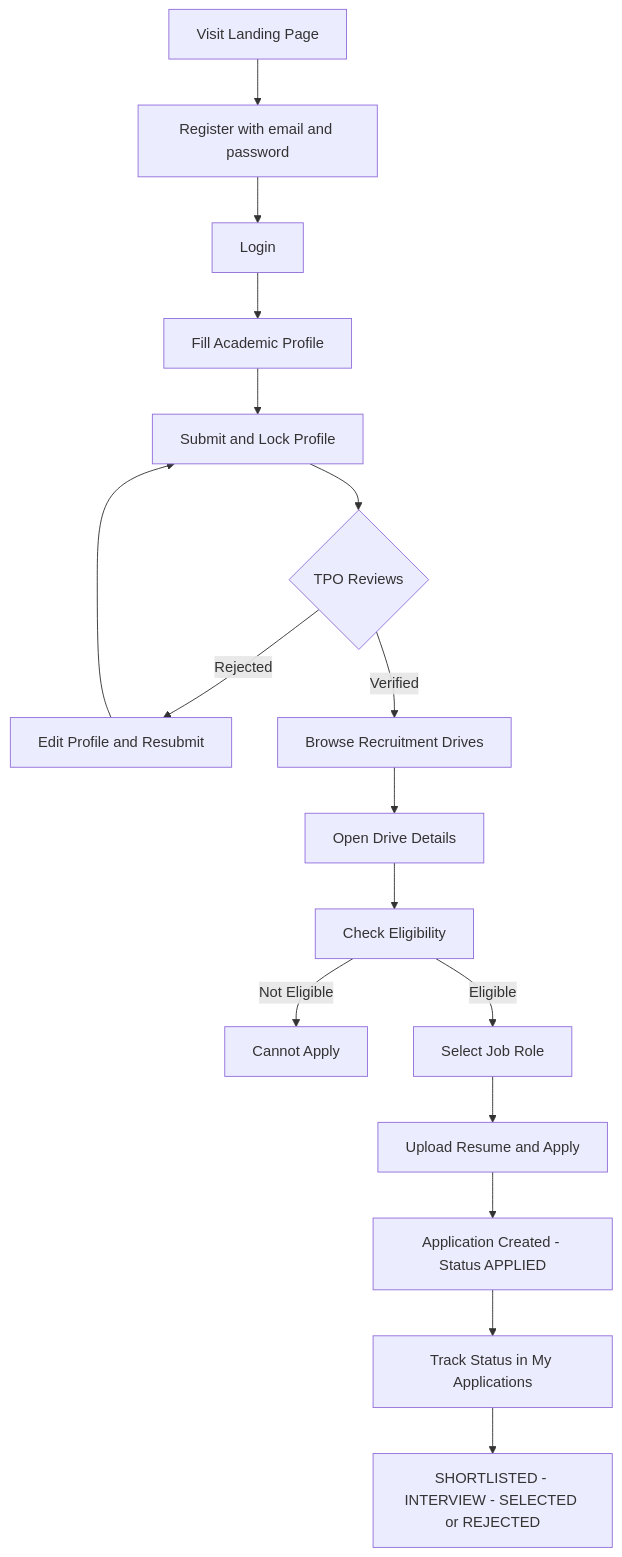
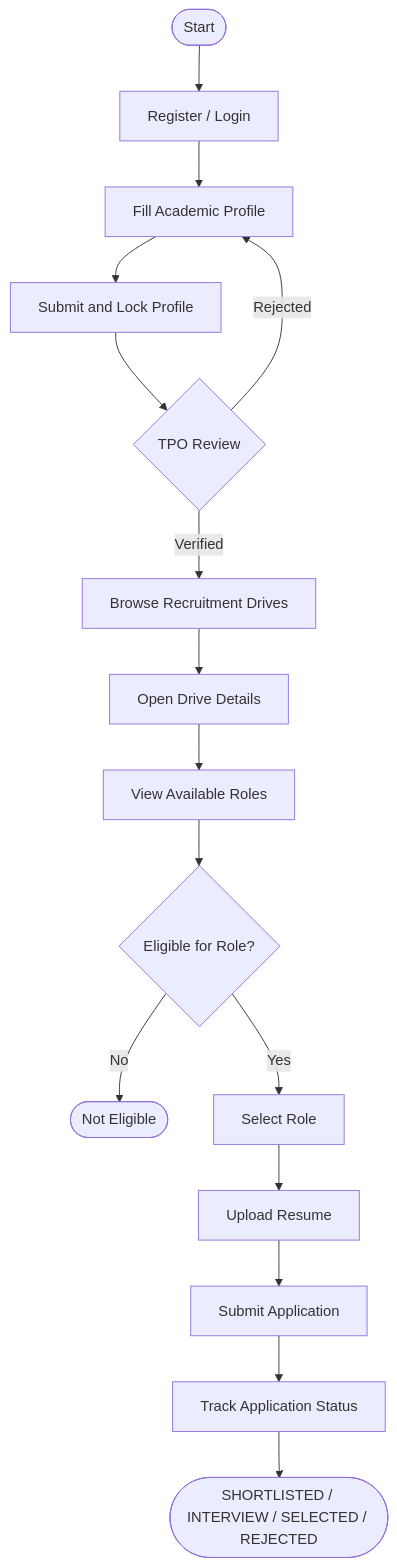
The fourth of 11 diagrams in README.md (paldhaduk7-png/Mini-Placement-Portal), drawn with Mermaid before and after one commit. The commit also changed other lines of this file, not shown here.

Commit message:
docs: Improve README diagrams and workflow explanations

````diff
--- a/README.md
+++ b/README.md
@@ -431,19 +443,18 @@
 ```mermaid
 flowchart TD
-    A[Visit Landing Page] --> B[Register with email and password]
-    B --> C[Login]
-    C --> D[Fill Academic Profile]
-    D --> E[Submit and Lock Profile]
-    E --> F{TPO Reviews}
-    F -- Rejected --> G[Edit Profile and Resubmit]
-    G --> E
-    F -- Verified --> H[Browse Recruitment Drives]
-    H --> I[Open Drive Details]
-    I --> J[Check Eligibility]
-    J -- Not Eligible --> K[Cannot Apply]
-    J -- Eligible --> L[Select Job Role]
-    L --> M[Upload Resume and Apply]
-    M --> N[Application Created - Status APPLIED]
-    N --> O[Track Status in My Applications]
-    O --> P[SHORTLISTED - INTERVIEW - SELECTED or REJECTED]
+    A([Start]) --> B[Register / Login]
+    B --> C[Fill Academic Profile]
+    C --> D[Submit and Lock Profile]
+    D --> E{TPO Review}
+    E -- Rejected --> C
+    E -- Verified --> F[Browse Recruitment Drives]
+    F --> G[Open Drive Details]
+    G --> H[View Available Roles]
+    H --> I{Eligible for Role?}
+    I -- No --> J([Not Eligible])
+    I -- Yes --> K[Select Role]
+    K --> L[Upload Resume]
+    L --> M[Submit Application]
+    M --> N[Track Application Status]
+    N --> O([SHORTLISTED / INTERVIEW / SELECTED / REJECTED])
 ```
````
